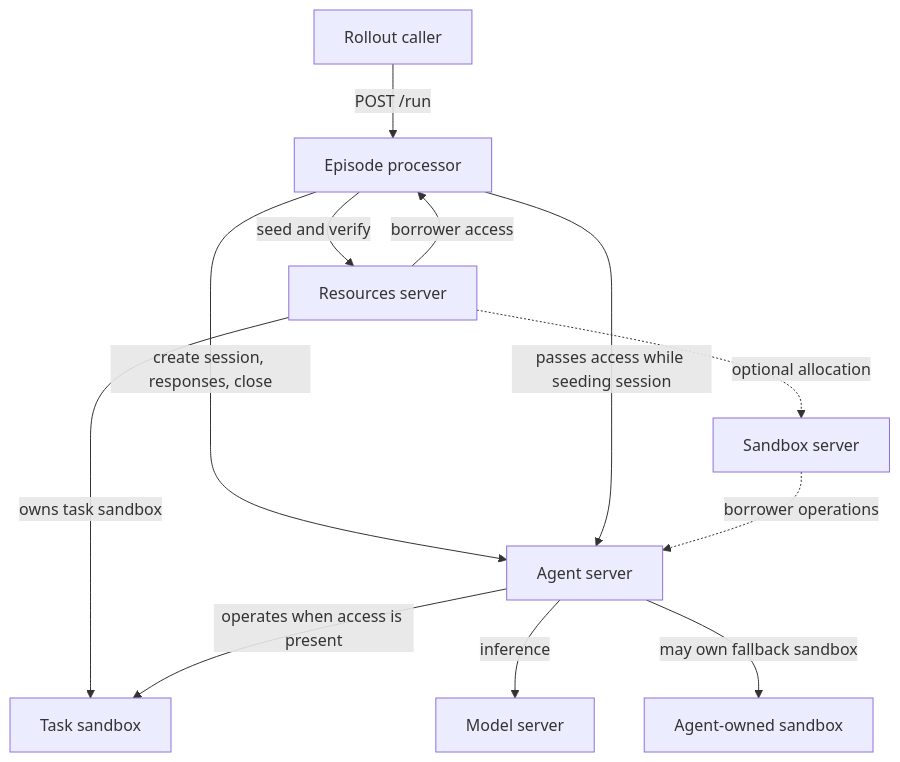
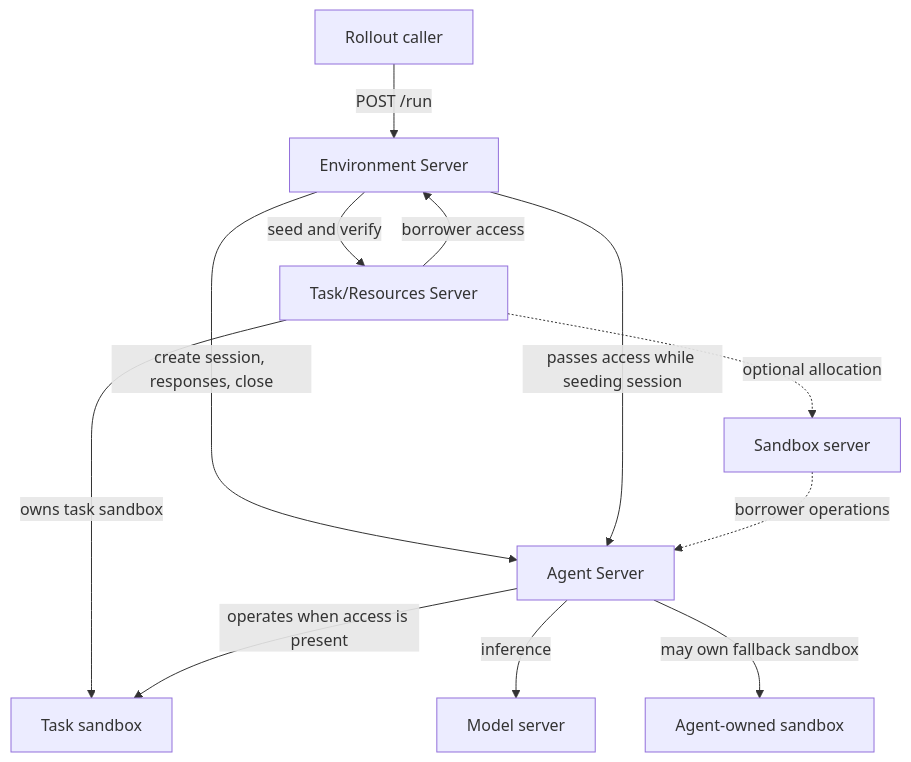
One commit to ananthsub/Gym changed the first of 4 diagrams in investigations/episode-orchestration-design.md. Above: the diagram before and after it, drawn with Mermaid. The commit also changed other lines of this file and 4 other files, not shown here.

Commit message:
docs: define Environment Server orchestration

````diff
--- a/investigations/episode-orchestration-design.md
+++ b/investigations/episode-orchestration-design.md
@@ -65,14 +65,14 @@
 ```mermaid
 flowchart TB
-    Caller[Rollout caller] -->|POST /run| Processor[Episode processor]
-    Processor -->|seed and verify| ResourcesServer[Resources server]
-    Processor -->|create session, responses, close| Agent[Agent server]
+    Caller[Rollout caller] -->|POST /run| EnvironmentServer[Environment Server]
+    EnvironmentServer -->|seed and verify| ResourcesServer[Task/Resources Server]
+    EnvironmentServer -->|create session, responses, close| Agent[Agent Server]
     Agent -->|inference| Model[Model server]
     ResourcesServer -->|owns task sandbox| TaskSandbox[Task sandbox]
-    ResourcesServer -->|borrower access| Processor
-    Processor -->|passes access while seeding session| Agent
+    ResourcesServer -->|borrower access| EnvironmentServer
+    EnvironmentServer -->|passes access while seeding session| Agent
     Agent -->|operates when access is present| TaskSandbox
     Agent -->|may own fallback sandbox| AgentSandbox[Agent-owned sandbox]
     ResourcesServer -.->|optional allocation| SandboxServer[Sandbox server]
     SandboxServer -.->|borrower operations| Agent
 ```
````
